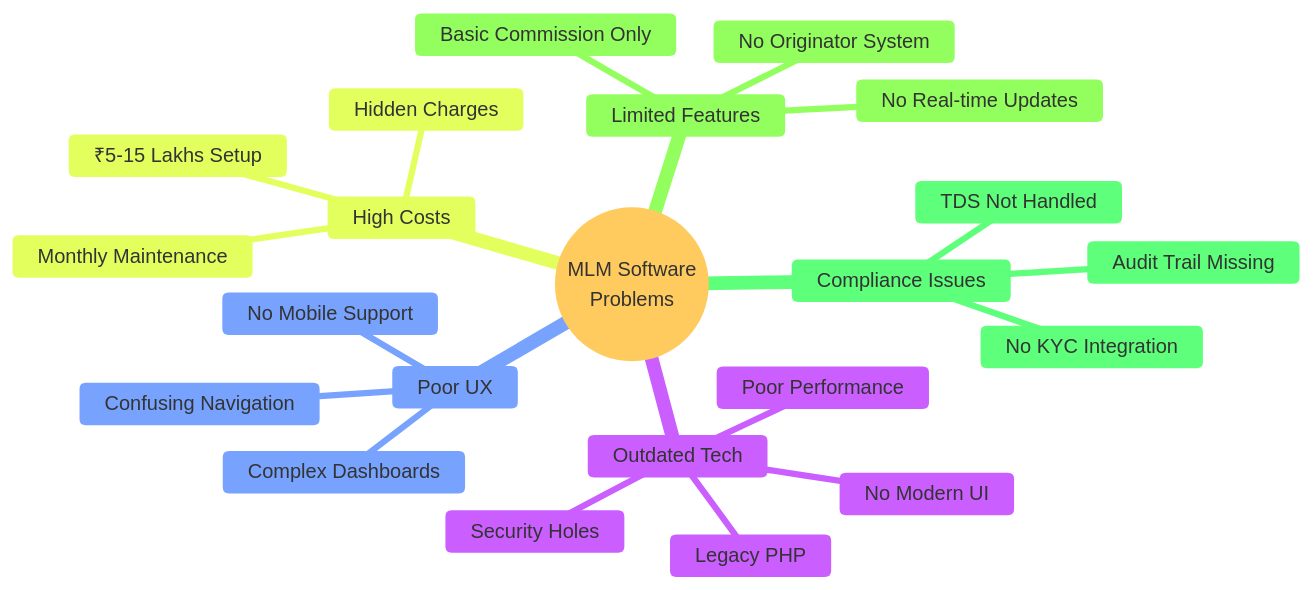
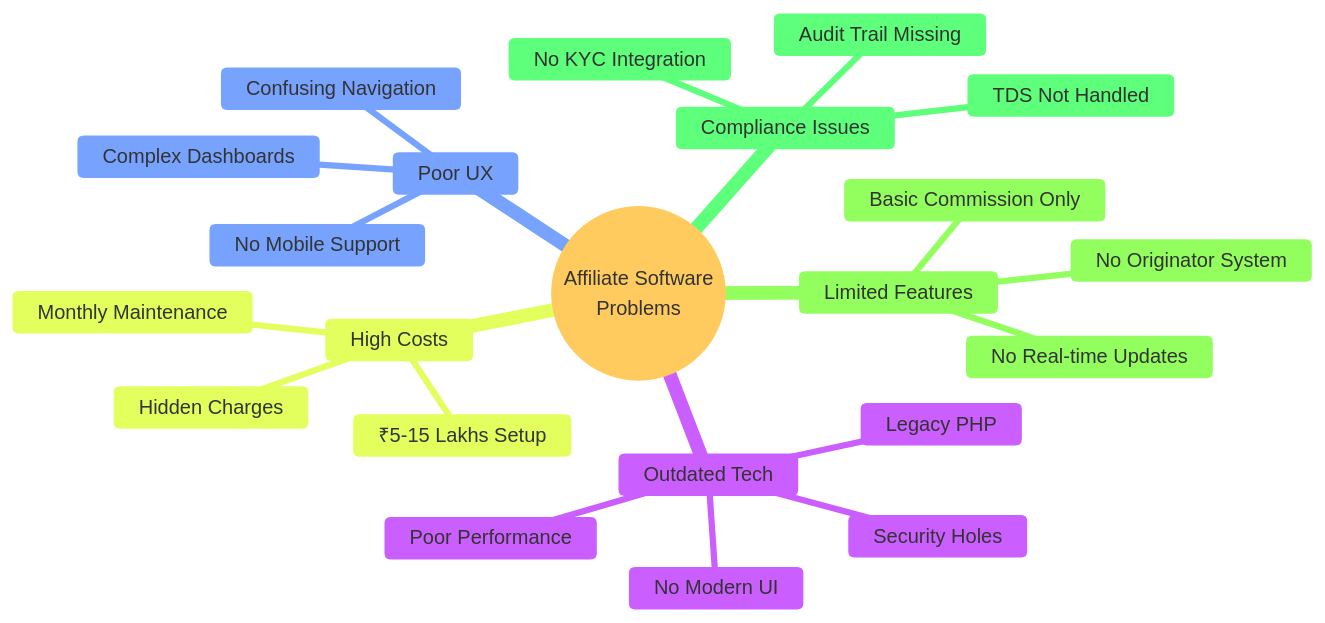
One commit to mintreu/commerinity changed the first of 7 diagrams in docs/flowcharts/PROSPECTUS.md. Above: the diagram before and after it, drawn with Mermaid. The commit also changed other lines of this file and 309 other files, not shown here.

````diff
--- a/docs/flowcharts/PROSPECTUS.md
+++ b/docs/flowcharts/PROSPECTUS.md
@@ -102,27 +102,27 @@
 ```mermaid
 %%{init: {'theme': 'base'}}%%
 
 mindmap
-  root((MLM Software<br/>Problems))
+  root((Affiliate Software<br/>Problems))
     Outdated Tech
       Legacy PHP
       No Modern UI
       Poor Performance
       Security Holes
     Poor UX
       Complex Dashboards
       Confusing Navigation
       No Mobile Support
     High Costs
       ₹5-15 Lakhs Setup
       Monthly Maintenance
       Hidden Charges
     Limited Features
       Basic Commission Only
       No Originator System
       No Real-time Updates
     Compliance Issues
       TDS Not Handled
       No KYC Integration
       Audit Trail Missing
 ```
````
